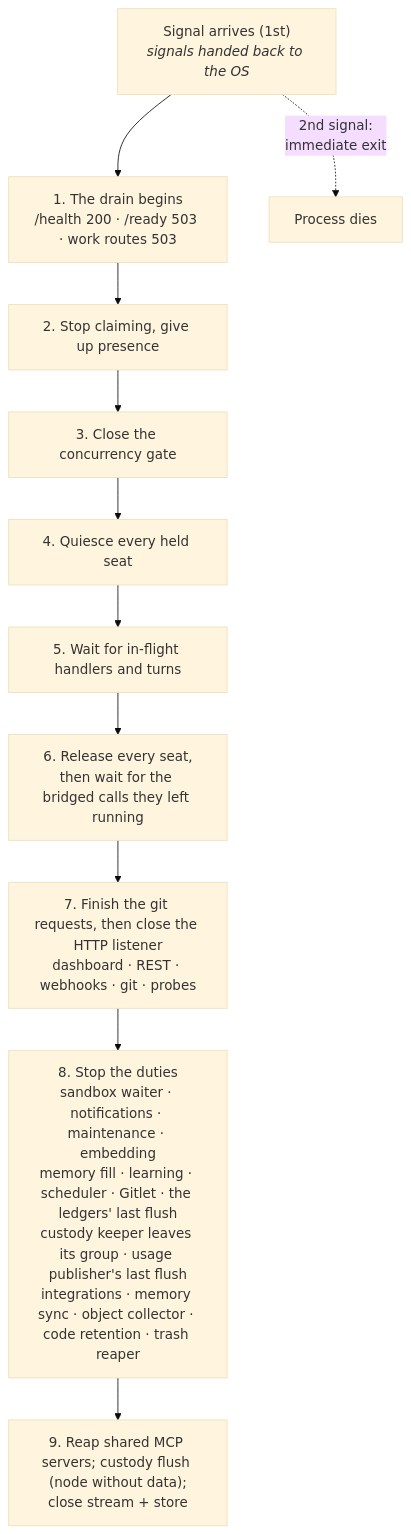
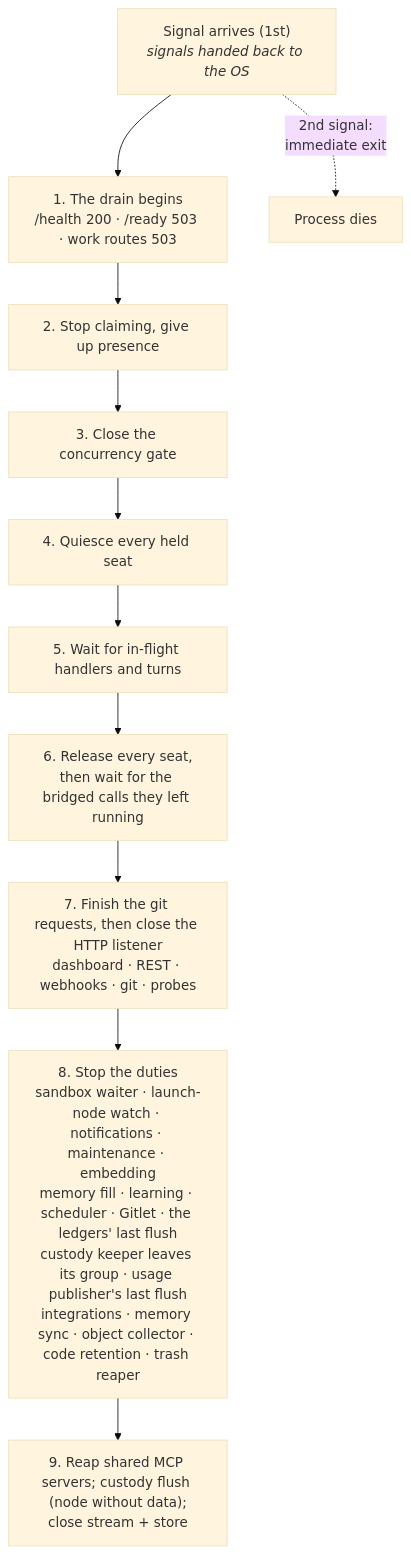
The fifth of 5 diagrams in docs/concepts/agent-runtime.md (crewlet/crewlet), drawn with Mermaid (base theme) before and after one commit. The commit also changed other lines of this file and 371 other files, not shown here.

````diff
--- a/docs/concepts/agent-runtime.md
+++ b/docs/concepts/agent-runtime.md
@@ -578,14 +578,14 @@
 ```mermaid
 flowchart TD
     SIG["Signal arrives (1st)<br/><i>signals handed back to the OS</i>"] --> S1
     S1["1. The drain begins<br/>/health 200 · /ready 503 · work routes 503"] --> S2
     S2["2. Stop claiming, give up presence"] --> S3
     S3["3. Close the concurrency gate"] --> S4
     S4["4. Quiesce every held seat"] --> S5
     S5["5. Wait for in-flight handlers and turns"] --> S6
     S6["6. Release every seat,<br/>then wait for the bridged calls they left running"] --> S7
     S7["7. Finish the git requests, then close the HTTP listener<br/>dashboard · REST · webhooks · git · probes"] --> S8
-    S8["8. Stop the duties<br/>sandbox waiter · notifications · maintenance · embedding<br/>memory fill · learning · scheduler · Gitlet · the ledgers' last flush<br/>custody keeper leaves its group · usage publisher's last flush<br/>integrations · memory sync · object collector · code retention · trash reaper"] --> S9
+    S8["8. Stop the duties<br/>sandbox waiter · launch-node watch · notifications · maintenance · embedding<br/>memory fill · learning · scheduler · Gitlet · the ledgers' last flush<br/>custody keeper leaves its group · usage publisher's last flush<br/>integrations · memory sync · object collector · code retention · trash reaper"] --> S9
     S9["9. Reap shared MCP servers; custody flush (node without data);<br/>close stream + store"]
     SIG -.->|"2nd signal:<br/>immediate exit"| X["Process dies"]
 ```
````
